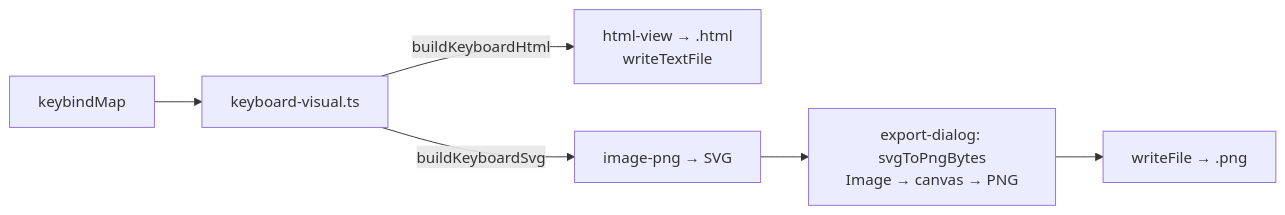
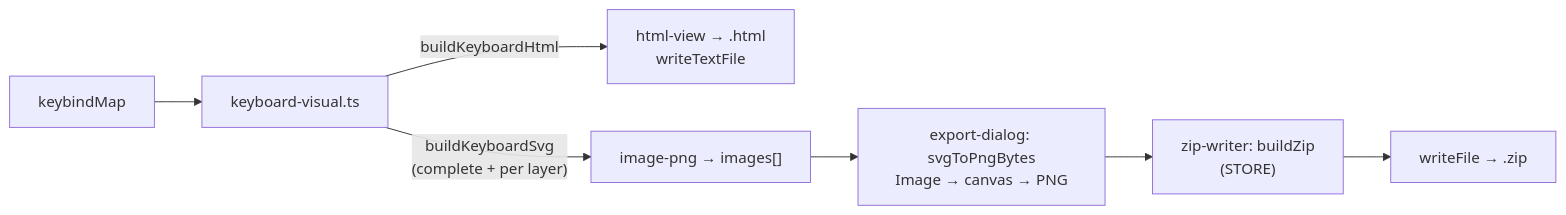
One commit to Alexkill536ITA/ForgeModpack changed the third of 4 diagrams in docs/en/technical/09-keybind-io.md. Above: the diagram before and after it, drawn with Mermaid. The commit also changed other lines of this file and 47 other files, not shown here.

````diff
--- a/docs/en/technical/09-keybind-io.md
+++ b/docs/en/technical/09-keybind-io.md
@@ -136,8 +182,9 @@
 ```mermaid
 flowchart LR
     Map["keybindMap"] --> Visual["keyboard-visual.ts"]
     Visual -->|buildKeyboardHtml| HTML["html-view → .html<br/>writeTextFile"]
-    Visual -->|buildKeyboardSvg| SVG["image-png → SVG"]
+    Visual -->|"buildKeyboardSvg<br/>(complete + per layer)"| SVG["image-png → images[]"]
     SVG --> Raster["export-dialog: svgToPngBytes<br/>Image → canvas → PNG"]
-    Raster --> Bin["writeFile → .png"]
+    Raster --> Zip["zip-writer: buildZip<br/>(STORE)"]
+    Zip --> Bin["writeFile → .zip"]
 ```
````
